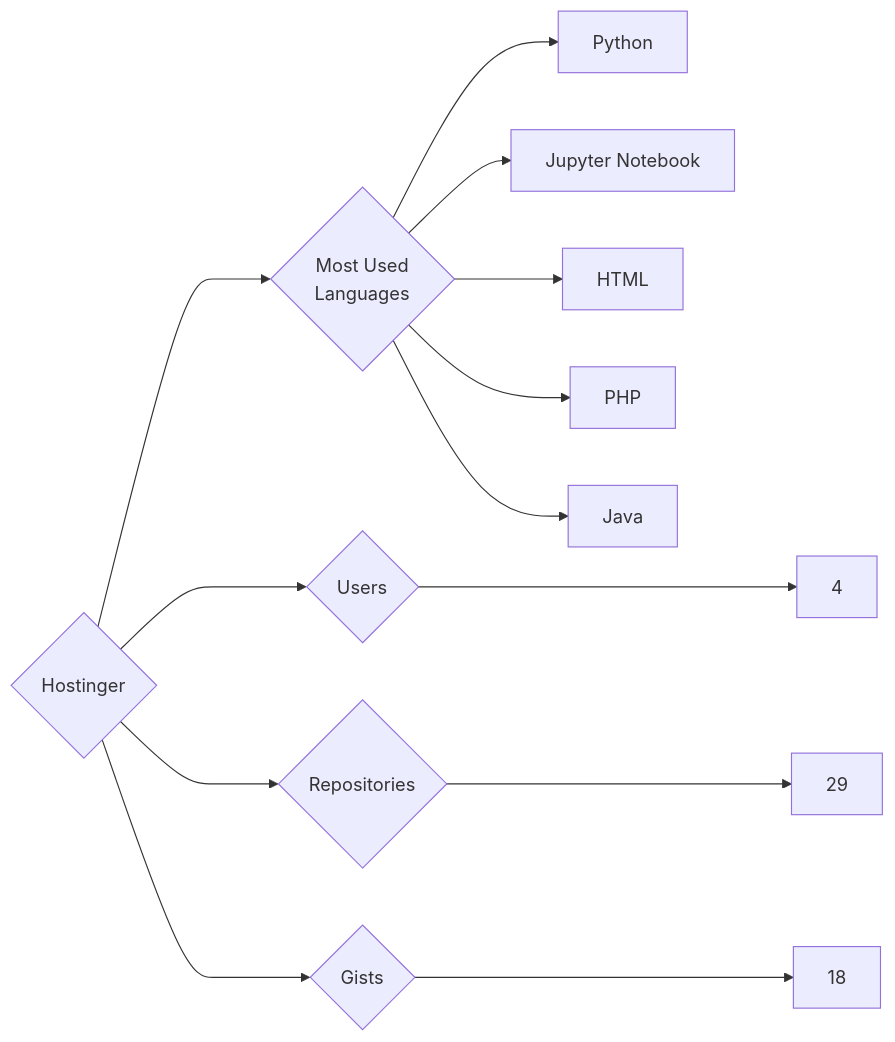
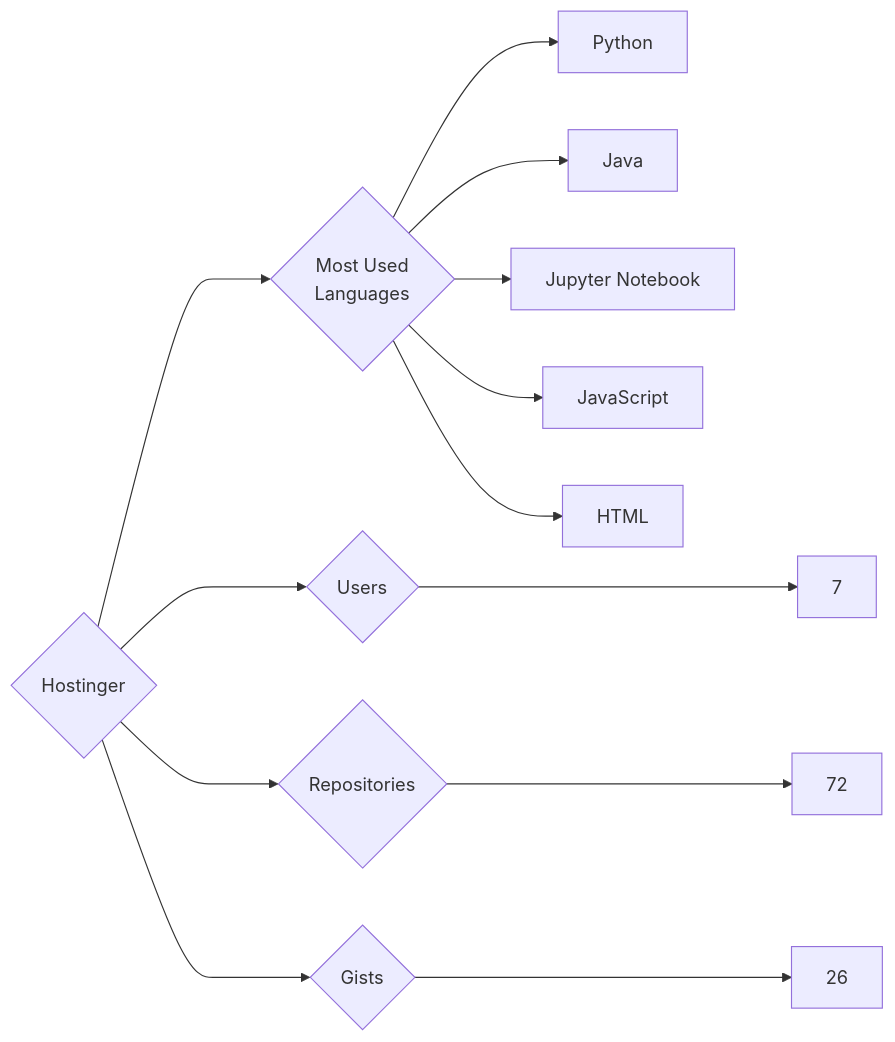
The diagram in targets/Hostinger/README.md (trickest/insiders), drawn with Mermaid before and after one commit. The commit also changed 988 other files, not shown here.

````diff
--- a/targets/Hostinger/README.md
+++ b/targets/Hostinger/README.md
@@ -3,13 +3,13 @@
 ```mermaid
 graph LR
 COMPANY_NAME{Hostinger}
-COMPANY_NAME ---> U{Users} ---> UN[4]
-COMPANY_NAME ---> R{Repositories} ---> RN[29]
-COMPANY_NAME ---> G{Gists} ---> GN[18]
+COMPANY_NAME ---> U{Users} ---> UN[7]
+COMPANY_NAME ---> R{Repositories} ---> RN[72]
+COMPANY_NAME ---> G{Gists} ---> GN[26]
 COMPANY_NAME ---> ML{Most Used<br>Languages}
 ML --> Python[Python]
+ML --> Java[Java]
 ML --> Jupyter_Notebook[Jupyter Notebook]
+ML --> JavaScript[JavaScript]
 ML --> HTML[HTML]
-ML --> PHP[PHP]
-ML --> Java[Java]
 ```
````
